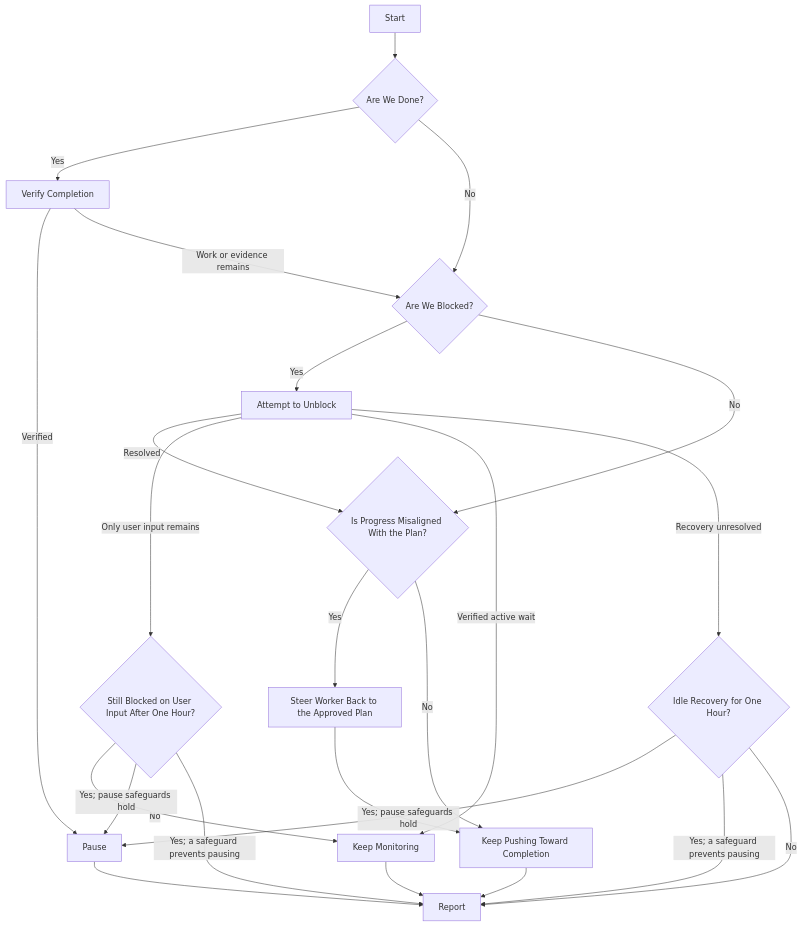
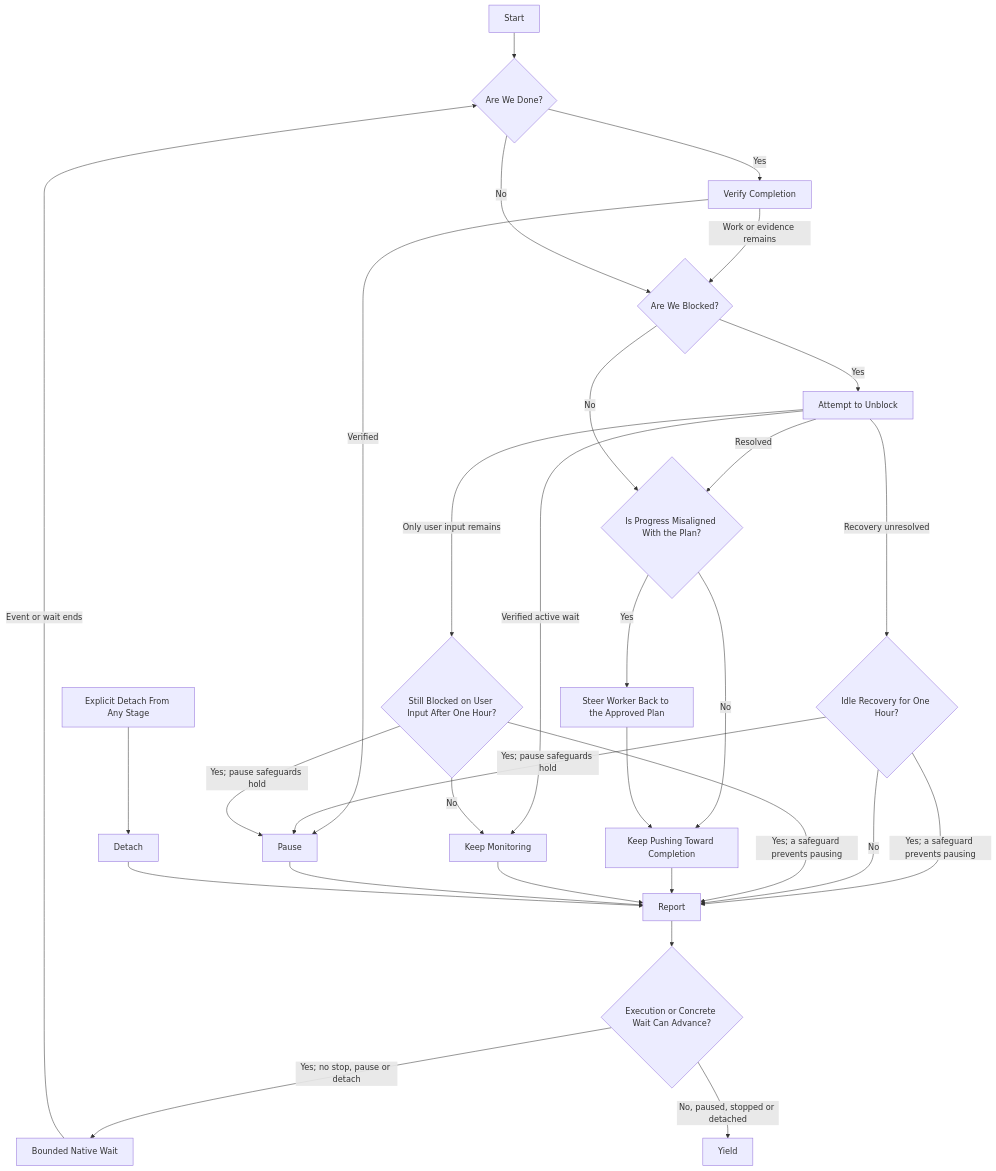
Before and after one commit to schmingle/config: the diagram in .codex/skills/project-supervise/SKILL.md, drawn with Mermaid. The commit also changed other lines of this file and 2 other files, not shown here.

First line of the commit message:
Supervise execution with reusable subagents

````diff
--- a/.codex/skills/project-supervise/SKILL.md
+++ b/.codex/skills/project-supervise/SKILL.md
@@ -19,28 +21,34 @@
 ```mermaid
 flowchart TD
     A["Start"] --> B{"Are We Done?"}
     B -->|Yes| C["Verify Completion"]
     C -->|Verified| P["Pause"]
     C -->|Work or evidence remains| E{"Are We Blocked?"}
     B -->|No| E
 
     E -->|Yes| F["Attempt to Unblock"]
     F -->|Resolved| G{"Is Progress Misaligned With the Plan?"}
     F -->|Only user input remains| T{"Still Blocked on User Input After One Hour?"}
     F -->|Verified active wait| I["Keep Monitoring"]
     F -->|Recovery unresolved| N{"Idle Recovery for One Hour?"}
     N -->|Yes; pause safeguards hold| P
     N -->|Yes; a safeguard prevents pausing| R
     N -->|No| R["Report"]
     E -->|No| G
 
     T -->|No| I
     T -->|Yes; pause safeguards hold| P
     T -->|Yes; a safeguard prevents pausing| R
     G -->|Yes| J["Steer Worker Back to the Approved Plan"]
     G -->|No| K["Keep Pushing Toward Completion"]
     J --> K
     K --> R
     I --> R
     P --> R
+    R --> V{"Execution or Concrete Wait Can Advance?"}
+    V -->|Yes; no stop, pause or detach| W["Bounded Native Wait"]
+    W -->|Event or wait ends| B
+    V -->|No, paused, stopped or detached| Y["Yield"]
+    D["Explicit Detach From Any Stage"] --> X["Detach"]
+    X --> R
 ```
````
